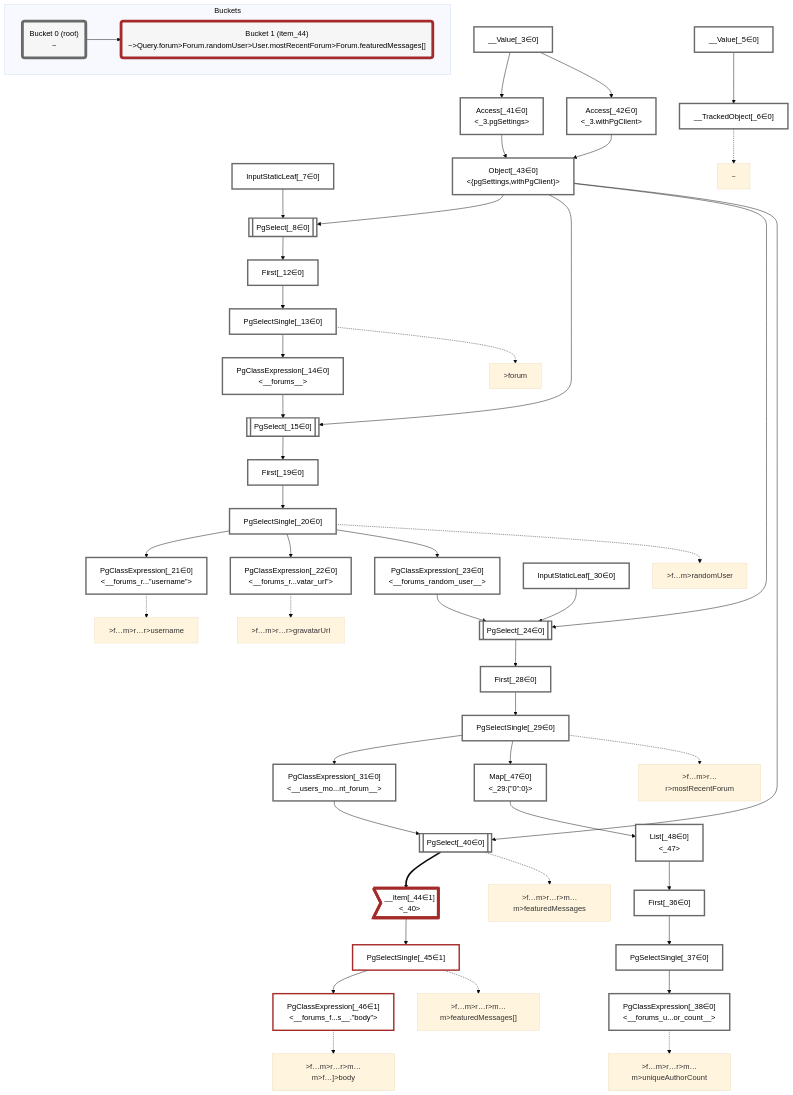
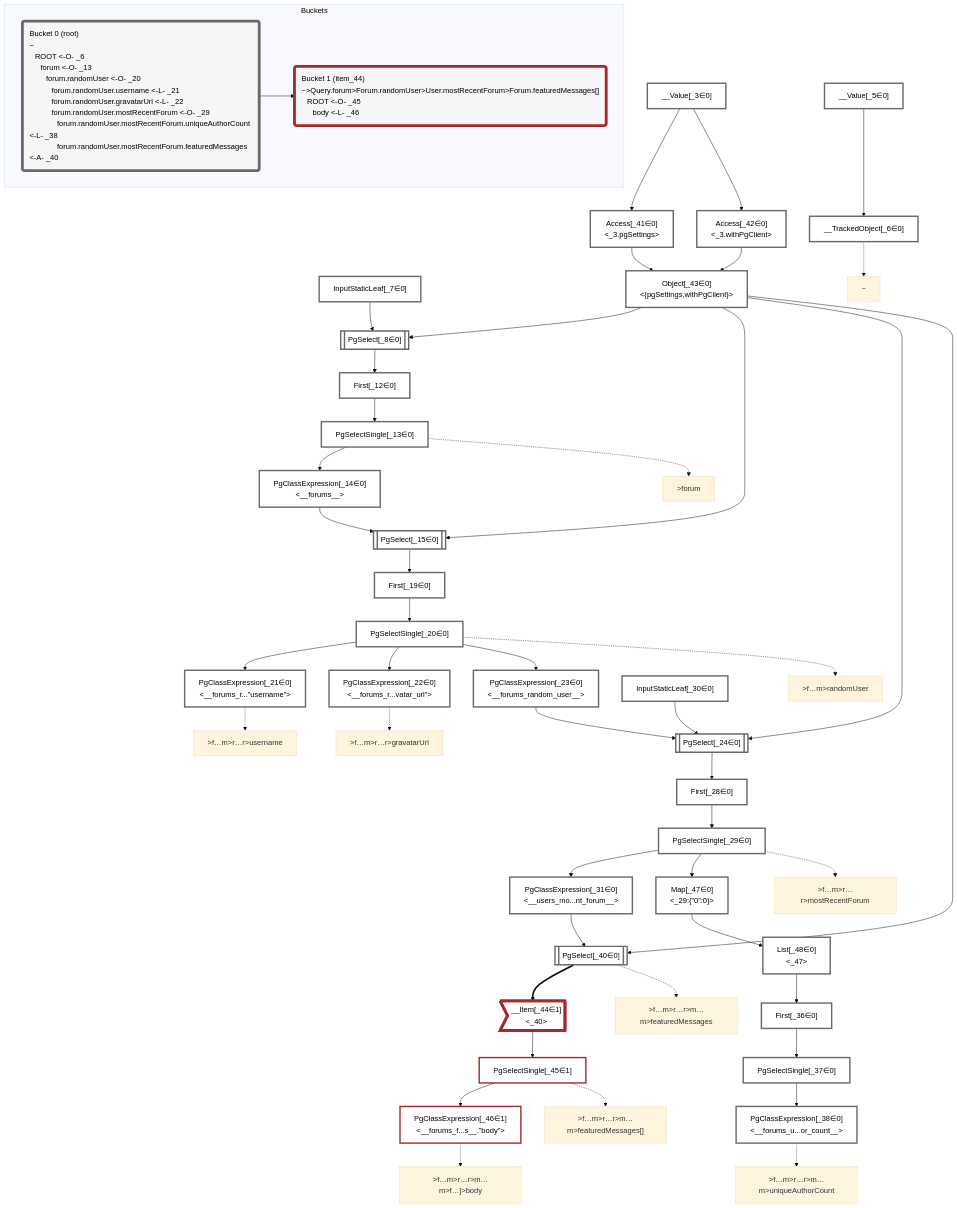
The diagram in packages/dataplan-pg/__tests__/queries/functions/computed-column-combined.deopt.mermaid.md (graphile/crystal), drawn with Mermaid (base theme) before and after one commit. The commit also changed 195 other files, not shown here.

```diff
--- a/packages/dataplan-pg/__tests__/queries/functions/computed-column-combined.deopt.mermaid.md
+++ b/packages/dataplan-pg/__tests__/queries/functions/computed-column-combined.deopt.mermaid.md
@@ -4,7 +4,7 @@
     classDef plan fill:#fff,stroke-width:3px,color:#000
     classDef itemplan fill:#fff,stroke-width:6px,color:#000
     classDef sideeffectplan fill:#f00,stroke-width:6px,color:#000
-    classDef bucket fill:#f6f6f6,color:#000,stroke-width:6px
+    classDef bucket fill:#f6f6f6,color:#000,stroke-width:6px,text-align:left
 
 
     %% define plans
@@ -104,9 +104,9 @@
     class __Item_44,PgSelectSingle_45,PgClassExpression_46 bucket1
 
     subgraph Buckets
-    Bucket0("Bucket 0 (root)<br />~"):::bucket
+    Bucket0("Bucket 0 (root)<br />~<br />⠀ROOT <-O- _6<br />⠀⠀forum <-O- _13<br />⠀⠀⠀forum.randomUser <-O- _20<br />⠀⠀⠀⠀forum.randomUser.username <-L- _21<br />⠀⠀⠀⠀forum.randomUser.gravatarUrl <-L- _22<br />⠀⠀⠀⠀forum.randomUser.mostRecentForum <-O- _29<br />⠀⠀⠀⠀⠀forum.randomUser.mostRecentForum.uniqueAuthorCount <-L- _38<br />⠀⠀⠀⠀⠀forum.randomUser.mostRecentForum.featuredMessages <-A- _40"):::bucket
     style Bucket0 stroke:#696969
-    Bucket1("Bucket 1 (item_44)<br />~>Query.forum>Forum.randomUser>User.mostRecentForum>Forum.featuredMessages[]"):::bucket
+    Bucket1("Bucket 1 (item_44)<br />~>Query.forum>Forum.randomUser>User.mostRecentForum>Forum.featuredMessages[]<br />⠀ROOT <-O- _45<br />⠀⠀body <-L- _46"):::bucket
     style Bucket1 stroke:#a52a2a
     Bucket0 --> Bucket1
     end
```
